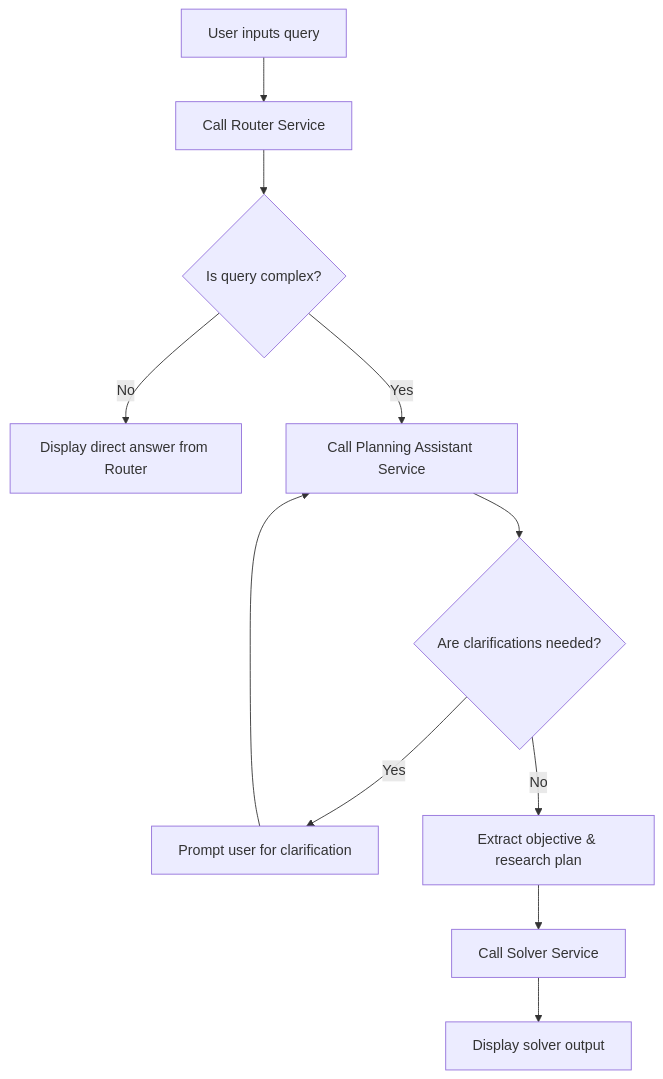
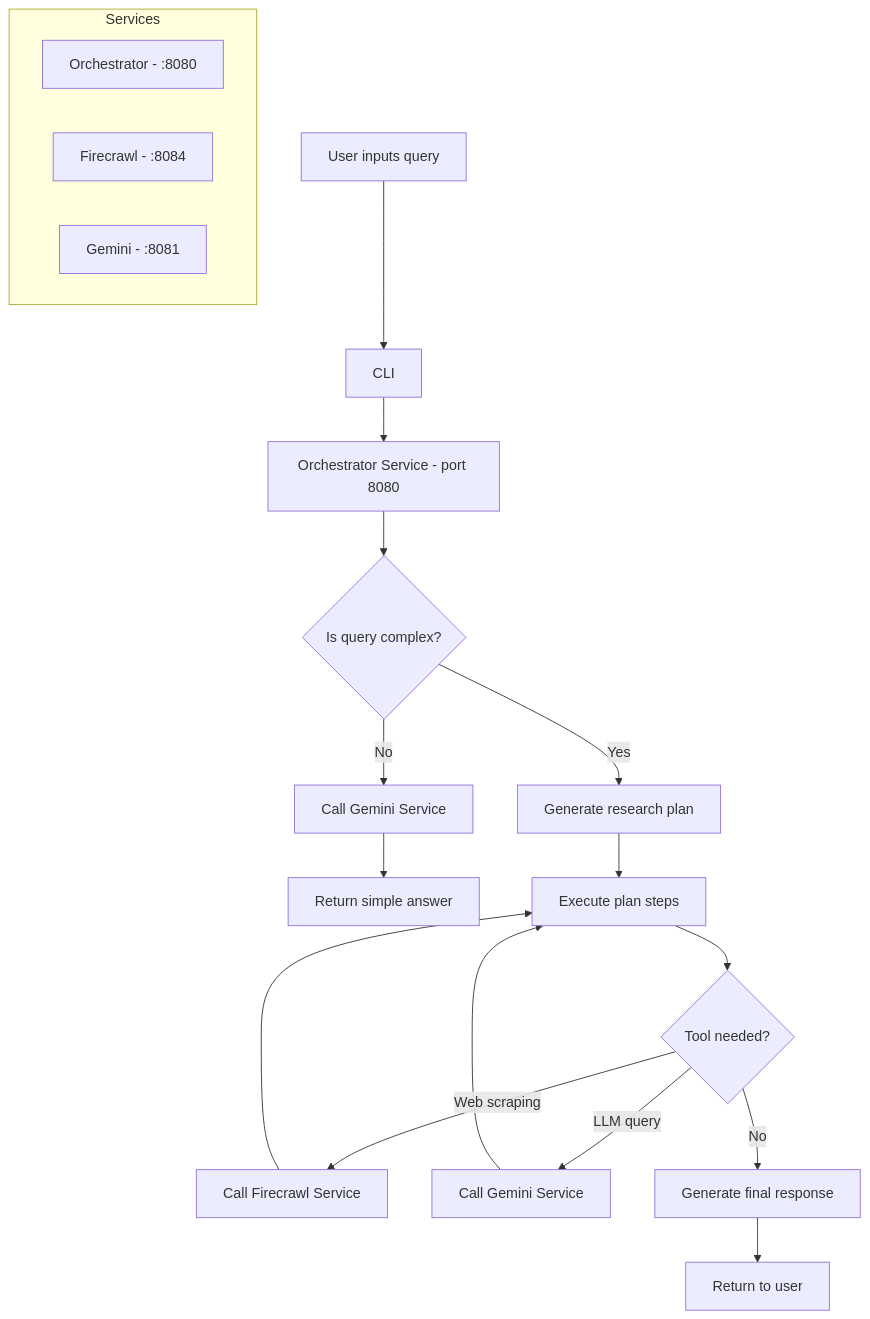
The diagram in README.md (sanjay920/deepresearch), drawn with Mermaid before and after one commit. The commit also changed other lines of this file, not shown here.

````diff
--- a/README.md
+++ b/README.md
@@ -3,14 +3,25 @@
 ```mermaid
 flowchart TD
-    A[User inputs query] --> B[Call Router Service]
-    B --> C{Is query complex?}
-    C -- No --> D[Display direct answer from Router]
-    C -- Yes --> E[Call Planning Assistant Service]
-    E --> F{Are clarifications needed?}
-    F -- Yes --> G[Prompt user for clarification]
-    G --> E
-    F -- No --> H[Extract objective & research plan]
-    H --> I[Call Solver Service]
-    I --> J[Display solver output]
+    A[User inputs query] --> B[CLI]
+    B --> C[Orchestrator Service - port 8080]
+    C --> D{Is query complex?}
+    D -- No --> E[Call Gemini Service]
+    E --> F[Return simple answer]
+    D -- Yes --> G[Generate research plan]
+    G --> H[Execute plan steps]
+    H --> I{Tool needed?}
+    I -- Web scraping --> J[Call Firecrawl Service]
+    J --> H
+    I -- LLM query --> K[Call Gemini Service]
+    K --> H
+    I -- No --> L[Generate final response]
+    L --> M[Return to user]
 
+    %% Service ports
+    subgraph Services
+        direction LR
+        Orchestrator[Orchestrator - :8080]
+        Firecrawl[Firecrawl - :8084]
+        Gemini[Gemini - :8081]
+    end
 ```
````
